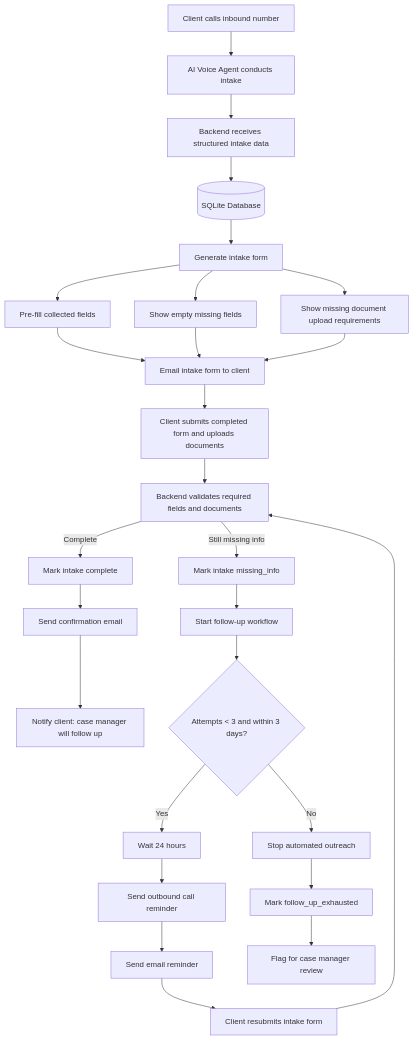
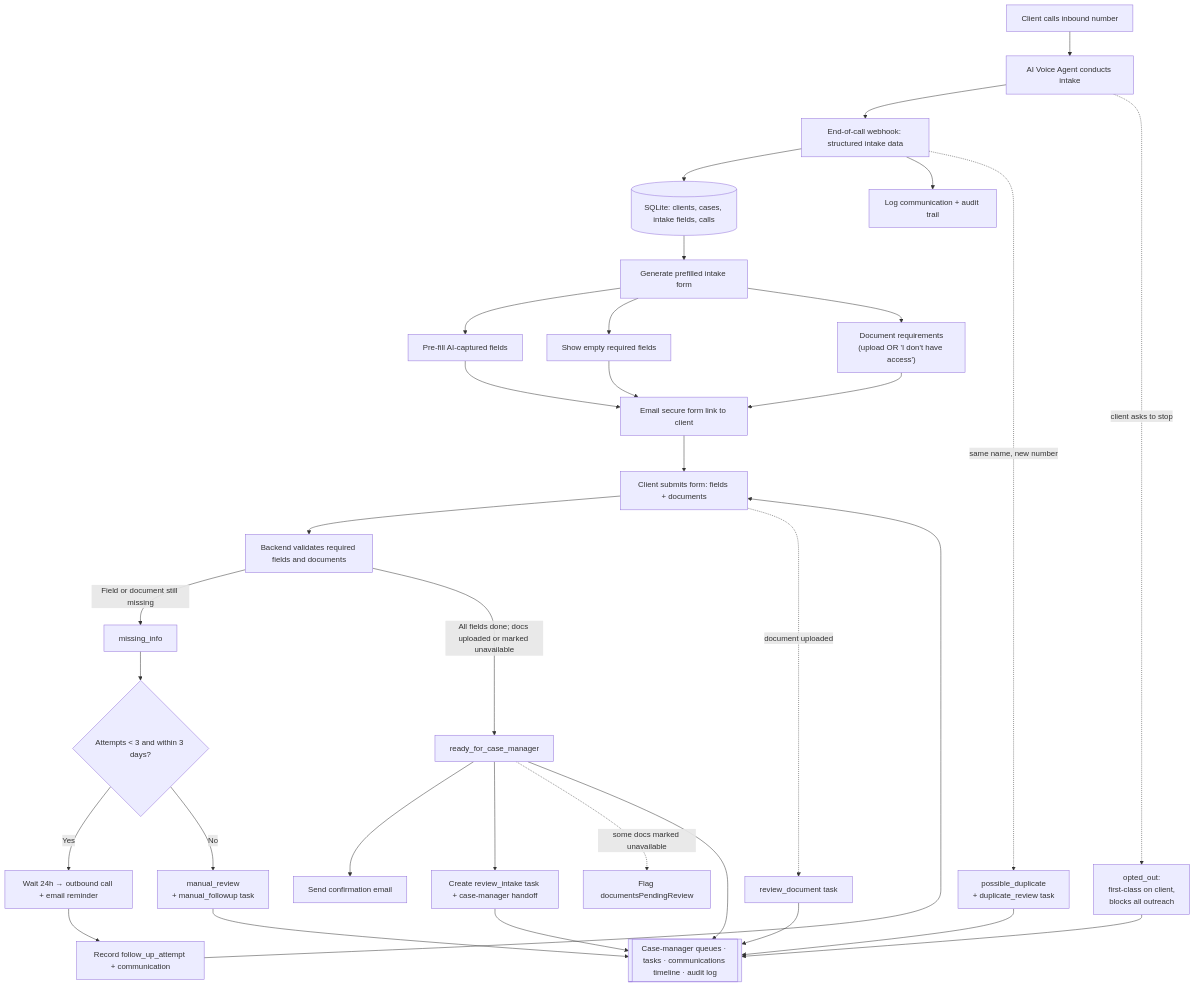
One commit to psamin/medvoicevapi changed the first of 2 diagrams in README.md. Above: the diagram before and after it, drawn with Mermaid. The commit also changed other lines of this file, not shown here.

Commit message:
docs(readme): update system design diagram + lifecycle for CRM workflow

````diff
--- a/README.md
+++ b/README.md
@@ -90,36 +90,43 @@
 ```mermaid
 flowchart TD
     A[Client calls inbound number] --> B[AI Voice Agent conducts intake]
-    B --> C[Backend receives structured intake data]
-    C --> D[(SQLite Database)]
+    B --> C[End-of-call webhook: structured intake data]
+    C --> D[(SQLite: clients, cases, intake fields, calls)]
+    C --> LOG[Log communication + audit trail]
 
-    D --> E[Generate intake form]
-    E --> F[Pre-fill collected fields]
-    E --> G[Show empty missing fields]
-    E --> H[Show missing document upload requirements]
+    D --> E[Generate prefilled intake form]
+    E --> F[Pre-fill AI-captured fields]
+    E --> G[Show empty required fields]
+    E --> H["Document requirements<br/>(upload OR 'I don't have access')"]
 
-    F --> I[Email intake form to client]
+    F --> I[Email secure form link to client]
     G --> I
     H --> I
 
-    I --> J[Client submits completed form and uploads documents]
+    I --> J[Client submits form: fields + documents]
     J --> K[Backend validates required fields and documents]
 
-    K -->|Complete| L[Mark intake complete]
+    K -->|Field or document still missing| O[missing_info]
+    O --> P{Attempts < 3 and within 3 days?}
+    P -->|Yes| Q[Wait 24h → outbound call + email reminder]
+    Q --> R[Record follow_up_attempt + communication]
+    R --> J
+    P -->|No| S[manual_review<br/>+ manual_followup task]
+
+    K -->|All fields done; docs uploaded or marked unavailable| L[ready_for_case_manager]
     L --> M[Send confirmation email]
-    M --> N[Notify client: case manager will follow up]
+    L --> N[Create review_intake task + case-manager handoff]
+    L -.->|some docs marked unavailable| N2[Flag documentsPendingReview]
 
-    K -->|Still missing info| O[Mark intake missing_info]
-    O --> P[Start follow-up workflow]
+    %% cross-cutting CRM concerns
+    B -.->|client asks to stop| X[opted_out:<br/>first-class on client,<br/>blocks all outreach]
+    C -.->|same name, new number| Y[possible_duplicate<br/>+ duplicate_review task]
+    J -.->|document uploaded| DT[review_document task]
 
-    P --> Q{Attempts < 3 and within 3 days?}
-    Q -->|Yes| R[Wait 24 hours]
-    R --> S[Send outbound call reminder]
-    S --> T[Send email reminder]
-    T --> U[Client resubmits intake form]
-    U --> K
-
-    Q -->|No| V[Stop automated outreach]
-    V --> W[Mark follow_up_exhausted]
-    W --> X[Flag for case manager review]
+    L --> Z[[Case-manager queues · tasks · communications timeline · audit log]]
+    S --> Z
+    N --> Z
+    X --> Z
+    Y --> Z
+    DT --> Z
 ```
````
